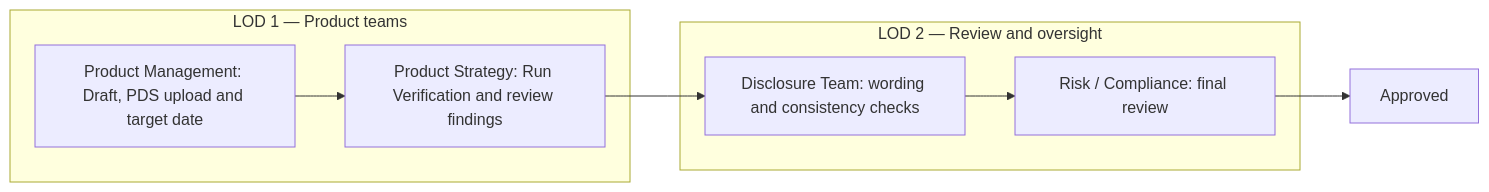
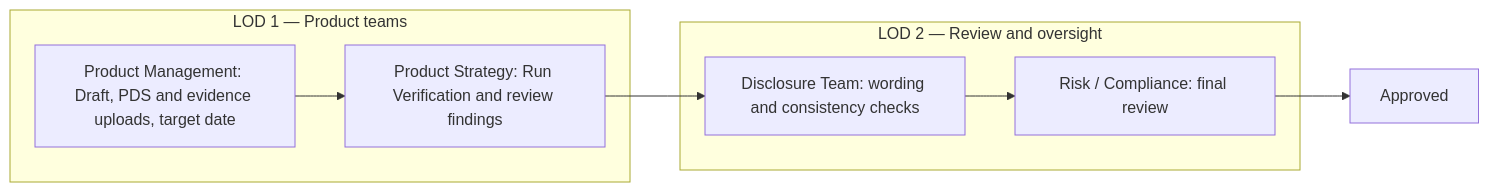
The diagram in README.md (xiang-qiuyu/vanguard-esg-disclosure-assurance-system), drawn with Mermaid before and after one commit. The commit also changed other lines of this file and 15 other files, not shown here.

````diff
--- a/README.md
+++ b/README.md
@@ -26,11 +26,11 @@
 ```mermaid
 flowchart LR
   subgraph LOD1["LOD 1 — Product teams"]
-    PM["Product Management: Draft, PDS upload and target date"] --> PS["Product Strategy: Run Verification and review findings"]
+    PM["Product Management: Draft, PDS and evidence uploads, target date"] --> PS["Product Strategy: Run Verification and review findings"]
   end
   subgraph LOD2["LOD 2 — Review and oversight"]
     DT["Disclosure Team: wording and consistency checks"] --> RC["Risk / Compliance: final review"]
   end
   PS --> DT
   RC --> Approved
 ```
````
